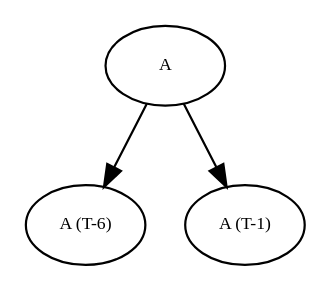
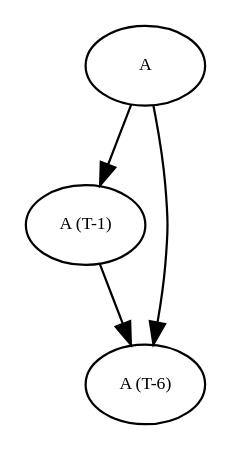
The diagram in graphs/debug_tree0.dot (amso100/livescript-declarations), drawn with Graphviz before and after one commit. The commit also changed 9 other files, not shown here.

```diff
--- a/graphs/debug_tree0.dot
+++ b/graphs/debug_tree0.dot
@@ -1,24 +1,28 @@
 digraph RGL__DirectedAdjacencyGraph {
-    A [
+    "A (T-1)" [
         fontsize = 8,
-        label = A
+        label = "A (T-1)"
     ]
 
     "A (T-6)" [
         fontsize = 8,
         label = "A (T-6)"
     ]
 
-    "A (T-1)" [
+    A [
         fontsize = 8,
-        label = "A (T-1)"
+        label = A
+    ]
+
+    "A (T-1)" -> "A (T-6)" [
+        fontsize = 8
     ]
 
     A -> "A (T-6)" [
         fontsize = 8
     ]
 
     A -> "A (T-1)" [
         fontsize = 8
     ]
 }
```
